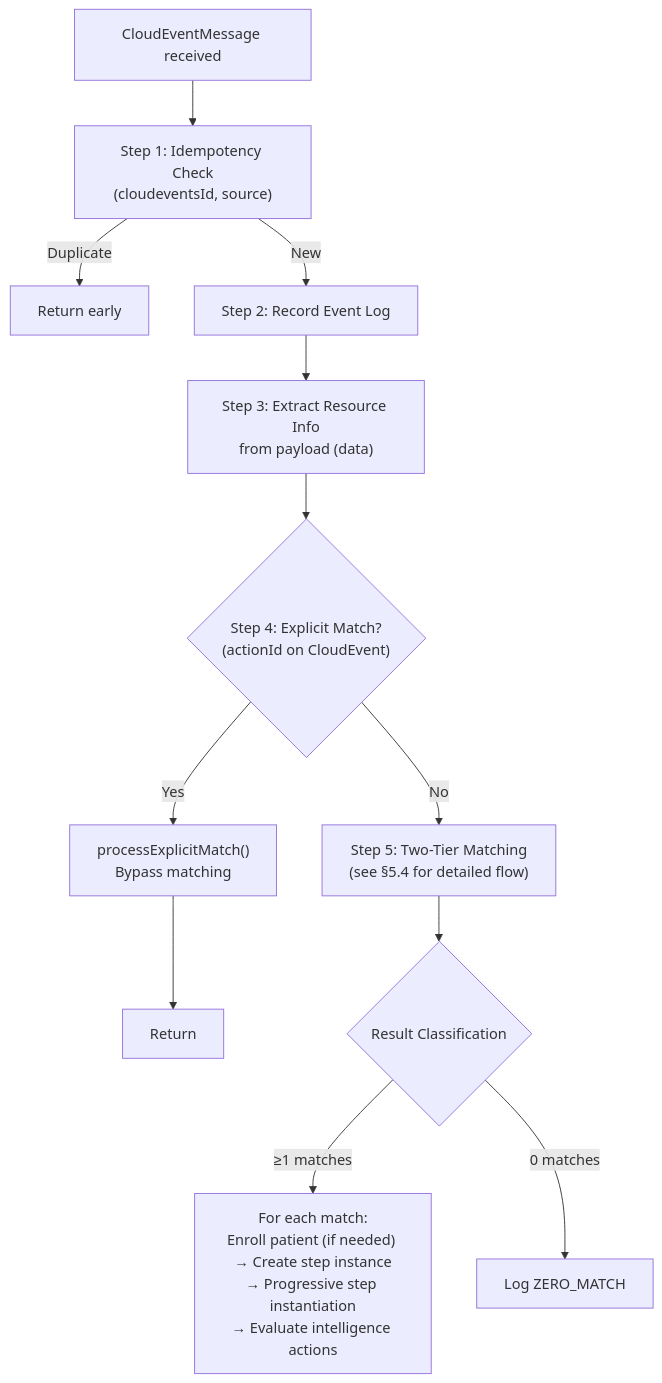
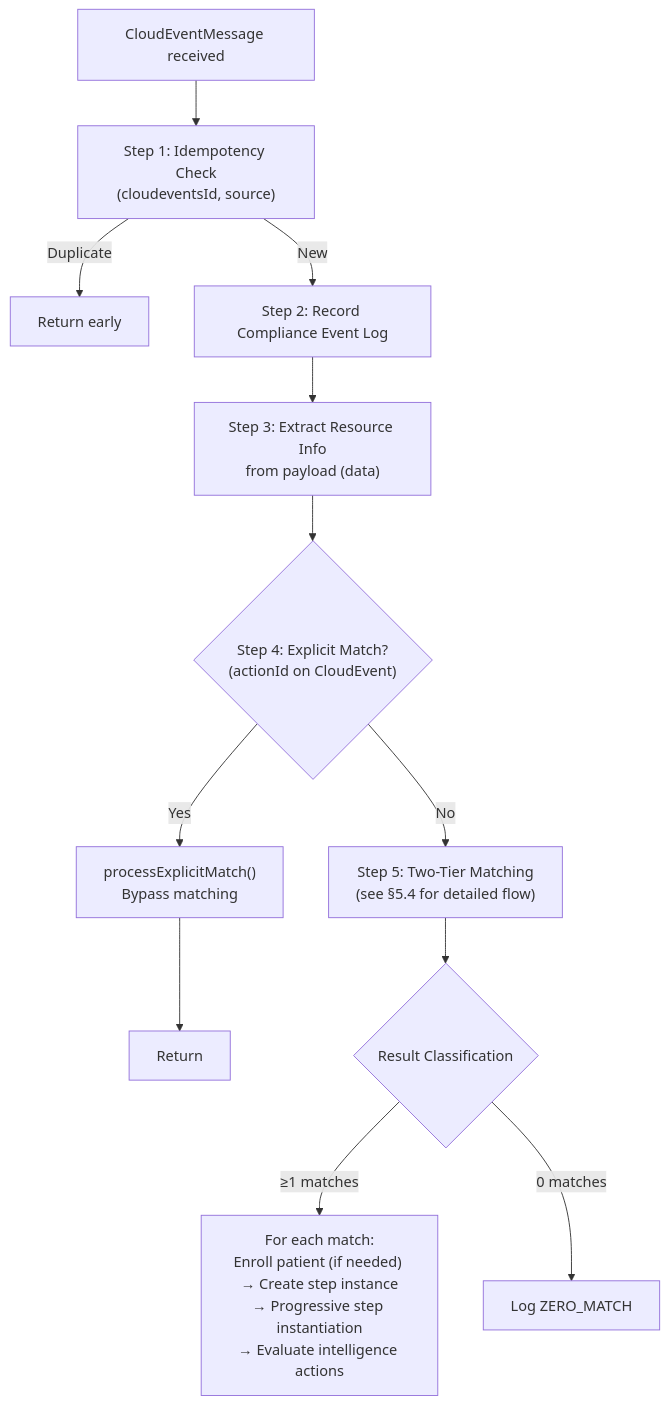
One commit to Jayaprakash8887/cce-compliance-service changed the fourth of 9 diagrams in docs/architecture-overview.md. Above: the diagram before and after it, drawn with Mermaid. The commit also changed 51 other files, not shown here.

````diff
--- a/docs/architecture-overview.md
+++ b/docs/architecture-overview.md
@@ -211,22 +211,22 @@
 ```mermaid
 flowchart TD
     START["CloudEventMessage received"] --> S1
 
     S1["Step 1: Idempotency Check<br/>(cloudeventsId, source)"]
     S1 -->|"Duplicate"| DUP["Return early"]
     S1 -->|"New"| S2
 
-    S2["Step 2: Record Event Log"] --> S3
+    S2["Step 2: Record Compliance Event Log"] --> S3
     S3["Step 3: Extract Resource Info<br/>from payload (data)"] --> EXPL
 
     EXPL{"Step 4: Explicit Match?<br/>(actionId on CloudEvent)"}
     EXPL -->|"Yes"| EXPLM["processExplicitMatch()<br/>Bypass matching"]
     EXPL -->|"No"| S5
     EXPLM --> DONE["Return"]
 
     S5["Step 5: Two-Tier Matching<br/>(see §5.4 for detailed flow)"] --> S6
 
     S6{"Result Classification"}
     S6 -->|"≥1 matches"| MATCH["For each match:<br/>Enroll patient (if needed) → Create step instance<br/>→ Progressive step instantiation<br/>→ Evaluate intelligence actions"]
     S6 -->|"0 matches"| ZERO["Log ZERO_MATCH"]
 ```
````
